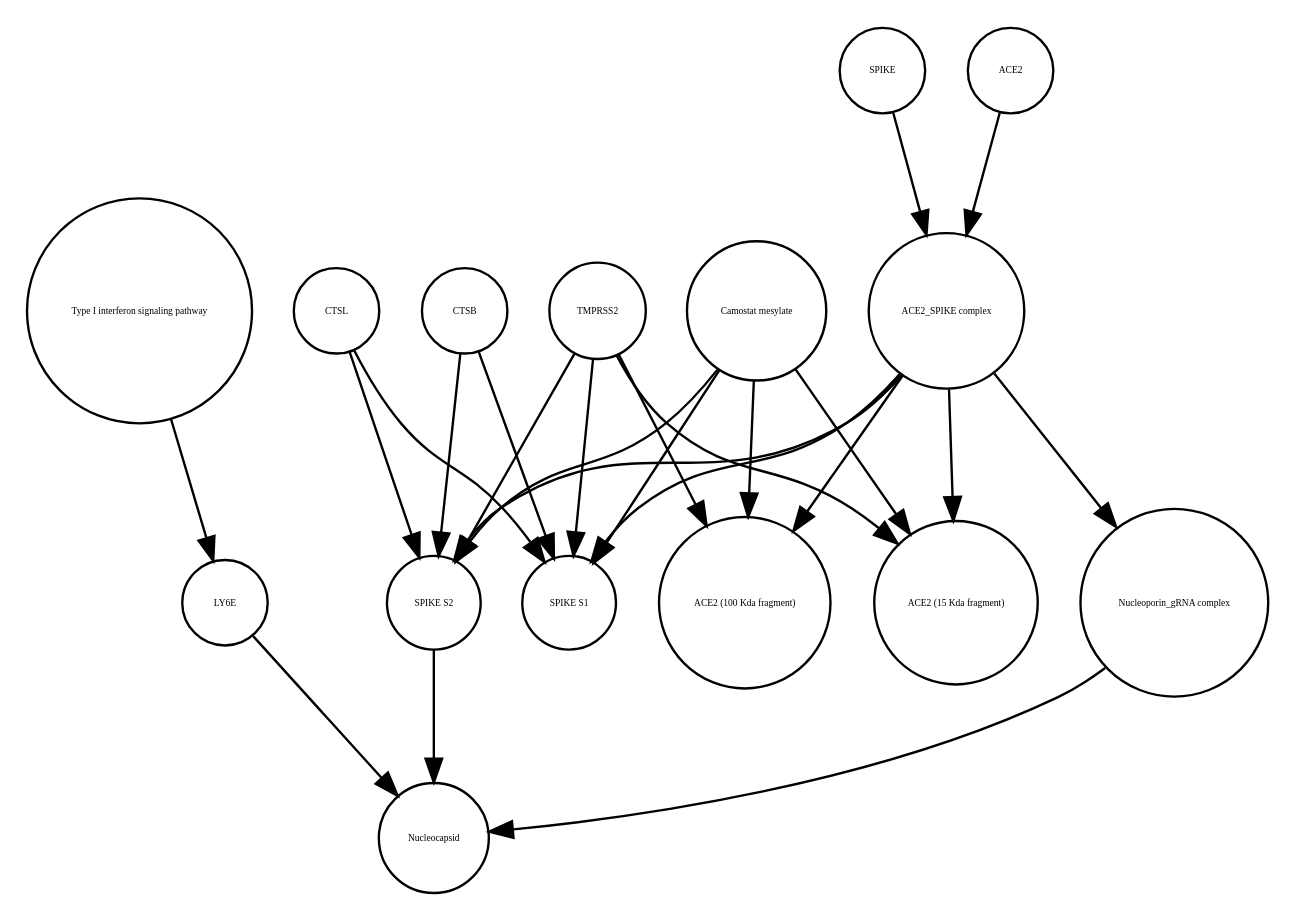
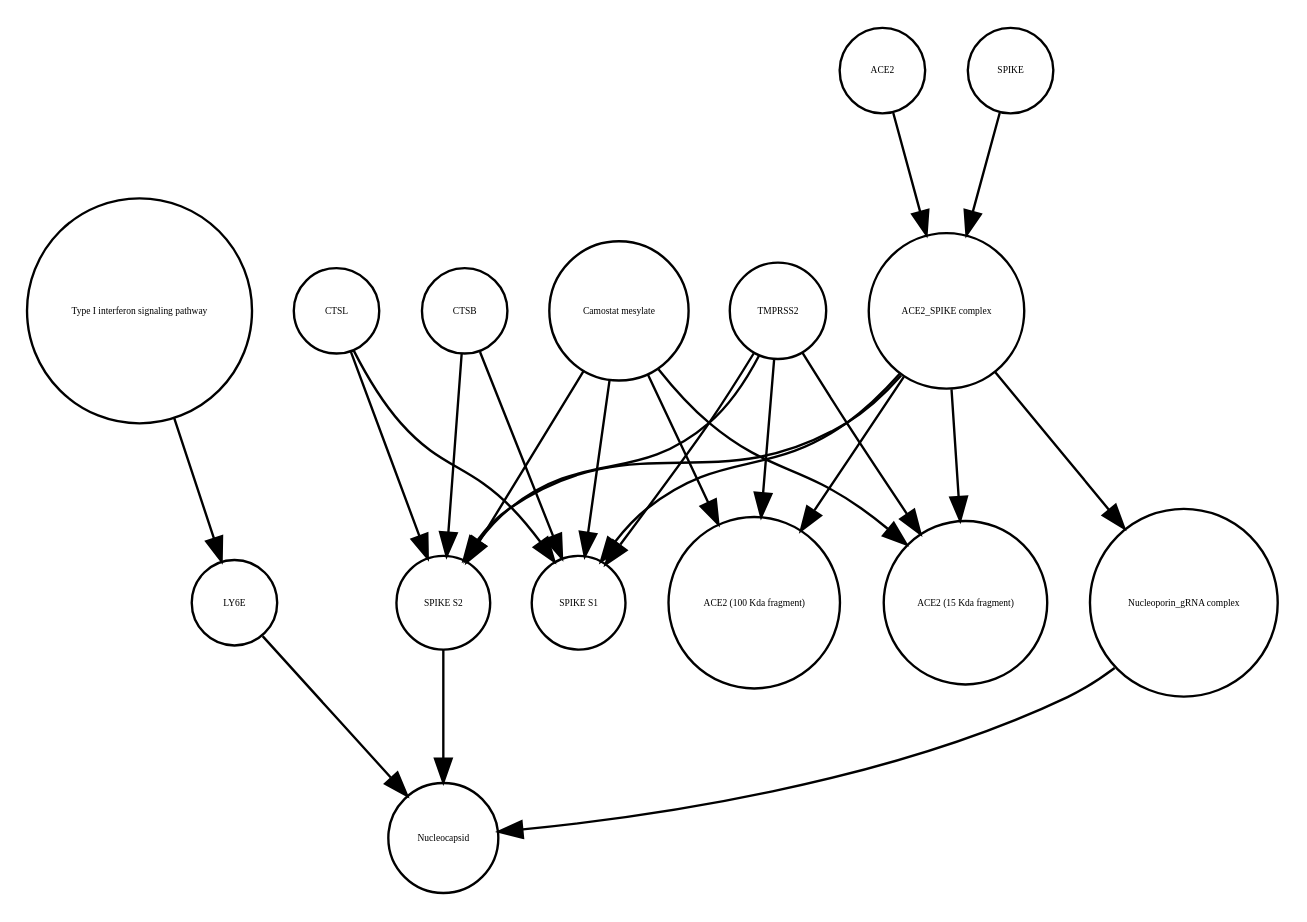
Before and after one commit to cannin/covid19-sbgn: the diagram in Virus_replication_cycle_V02.xml_projected.dot, drawn with Graphviz. The commit also changed other lines of this file and 637 other files, not shown here.

```diff
--- a/Virus_replication_cycle_V02.xml_projected.dot
+++ b/Virus_replication_cycle_V02.xml_projected.dot
@@ -1,40 +1,40 @@
 strict digraph  {
 "Type I interferon signaling pathway" [annotation="", bipartite=0, cls=phenotype, fontsize=4, label="Type I interferon signaling pathway", shape=circle];
 LY6E [annotation="", bipartite=0, cls=macromolecule, fontsize=4, label=LY6E, shape=circle];
+CTSL [annotation="", bipartite=0, cls=macromolecule, fontsize=4, label=CTSL, shape=circle];
+ACE2 [annotation="", bipartite=0, cls=macromolecule, fontsize=4, label=ACE2, shape=circle];
+"SPIKE S2" [annotation="", bipartite=0, cls=macromolecule, fontsize=4, label="SPIKE S2", shape=circle];
+CTSB [annotation="", bipartite=0, cls=macromolecule, fontsize=4, label=CTSB, shape=circle];
+"ACE2_SPIKE complex" [annotation="", bipartite=0, cls=complex, fontsize=4, label="ACE2_SPIKE complex", shape=circle];
+"SPIKE S1" [annotation="", bipartite=0, cls=macromolecule, fontsize=4, label="SPIKE S1", shape=circle];
+"ACE2 (100 Kda fragment)" [annotation="", bipartite=0, cls=macromolecule, fontsize=4, label="ACE2 (100 Kda fragment)", shape=circle];
 Nucleocapsid [annotation="", bipartite=0, cls=complex, fontsize=4, label=Nucleocapsid, shape=circle];
-"ACE2 (100 Kda fragment)" [annotation="", bipartite=0, cls=macromolecule, fontsize=4, label="ACE2 (100 Kda fragment)", shape=circle];
+"Camostat mesylate" [annotation="urn_miriam_pubchem.compound_2536", bipartite=0, cls="simple chemical", fontsize=4, label="Camostat mesylate", shape=circle];
 "Nucleoporin_gRNA complex " [annotation="", bipartite=0, cls=complex, fontsize=4, label="Nucleoporin_gRNA complex ", shape=circle];
+TMPRSS2 [annotation="", bipartite=0, cls=macromolecule, fontsize=4, label=TMPRSS2, shape=circle];
+"ACE2 (15 Kda fragment)" [annotation="", bipartite=0, cls=macromolecule, fontsize=4, label="ACE2 (15 Kda fragment)", shape=circle];
 SPIKE [annotation="", bipartite=0, cls="macromolecule multimer", fontsize=4, label=SPIKE, shape=circle];
-"SPIKE S2" [annotation="", bipartite=0, cls=macromolecule, fontsize=4, label="SPIKE S2", shape=circle];
-"SPIKE S1" [annotation="", bipartite=0, cls=macromolecule, fontsize=4, label="SPIKE S1", shape=circle];
-ACE2 [annotation="", bipartite=0, cls=macromolecule, fontsize=4, label=ACE2, shape=circle];
-TMPRSS2 [annotation="", bipartite=0, cls=macromolecule, fontsize=4, label=TMPRSS2, shape=circle];
-CTSB [annotation="", bipartite=0, cls=macromolecule, fontsize=4, label=CTSB, shape=circle];
-CTSL [annotation="", bipartite=0, cls=macromolecule, fontsize=4, label=CTSL, shape=circle];
-"Camostat mesylate" [annotation="urn_miriam_pubchem.compound_2536", bipartite=0, cls="simple chemical", fontsize=4, label="Camostat mesylate", shape=circle];
-"ACE2 (15 Kda fragment)" [annotation="", bipartite=0, cls=macromolecule, fontsize=4, label="ACE2 (15 Kda fragment)", shape=circle];
-"ACE2_SPIKE complex" [annotation="", bipartite=0, cls=complex, fontsize=4, label="ACE2_SPIKE complex", shape=circle];
 "Type I interferon signaling pathway" -> LY6E  [annotation="", interaction_type=stimulation];
 LY6E -> Nucleocapsid  [annotation="urn_miriam_doi_10.1101%2F2020.03.05.979260|urn_miriam_doi_10.1101%2F2020.04.02.021469", interaction_type=inhibition];
-"Nucleoporin_gRNA complex " -> Nucleocapsid  [annotation="", interaction_type=production];
-SPIKE -> "ACE2_SPIKE complex"  [annotation="", interaction_type=production];
+CTSL -> "SPIKE S1"  [annotation=urn_miriam_pubmed_32142651, interaction_type=catalysis];
+CTSL -> "SPIKE S2"  [annotation=urn_miriam_pubmed_32142651, interaction_type=catalysis];
+ACE2 -> "ACE2_SPIKE complex"  [annotation="", interaction_type=production];
 "SPIKE S2" -> Nucleocapsid  [annotation="", interaction_type=stimulation];
-ACE2 -> "ACE2_SPIKE complex"  [annotation="", interaction_type=production];
-TMPRSS2 -> "SPIKE S2"  [annotation="urn_miriam_pubmed_32142651|urn_miriam_pubmed_32094589|urn_miriam_pubmed_24227843", interaction_type=catalysis];
-TMPRSS2 -> "SPIKE S1"  [annotation="urn_miriam_pubmed_32142651|urn_miriam_pubmed_32094589|urn_miriam_pubmed_24227843", interaction_type=catalysis];
-TMPRSS2 -> "ACE2 (100 Kda fragment)"  [annotation="urn_miriam_pubmed_32142651|urn_miriam_pubmed_32094589|urn_miriam_pubmed_24227843", interaction_type=catalysis];
-TMPRSS2 -> "ACE2 (15 Kda fragment)"  [annotation="urn_miriam_pubmed_32142651|urn_miriam_pubmed_32094589|urn_miriam_pubmed_24227843", interaction_type=catalysis];
+CTSB -> "SPIKE S1"  [annotation=urn_miriam_pubmed_32142651, interaction_type=catalysis];
 CTSB -> "SPIKE S2"  [annotation=urn_miriam_pubmed_32142651, interaction_type=catalysis];
-CTSB -> "SPIKE S1"  [annotation=urn_miriam_pubmed_32142651, interaction_type=catalysis];
-CTSL -> "SPIKE S2"  [annotation=urn_miriam_pubmed_32142651, interaction_type=catalysis];
-CTSL -> "SPIKE S1"  [annotation=urn_miriam_pubmed_32142651, interaction_type=catalysis];
-"Camostat mesylate" -> "SPIKE S2"  [annotation="urn_miriam_pubmed_32142651|urn_miriam_pubmed_32094589|urn_miriam_pubmed_24227843", interaction_type=inhibition];
-"Camostat mesylate" -> "SPIKE S1"  [annotation="urn_miriam_pubmed_32142651|urn_miriam_pubmed_32094589|urn_miriam_pubmed_24227843", interaction_type=inhibition];
-"Camostat mesylate" -> "ACE2 (100 Kda fragment)"  [annotation="urn_miriam_pubmed_32142651|urn_miriam_pubmed_32094589|urn_miriam_pubmed_24227843", interaction_type=inhibition];
-"Camostat mesylate" -> "ACE2 (15 Kda fragment)"  [annotation="urn_miriam_pubmed_32142651|urn_miriam_pubmed_32094589|urn_miriam_pubmed_24227843", interaction_type=inhibition];
 "ACE2_SPIKE complex" -> "Nucleoporin_gRNA complex "  [annotation="urn_miriam_pubmed_32142651|urn_miriam_pubmed_32094589", interaction_type=stimulation];
-"ACE2_SPIKE complex" -> "ACE2 (100 Kda fragment)"  [annotation="", interaction_type=production];
 "ACE2_SPIKE complex" -> "SPIKE S2"  [annotation="", interaction_type=production];
 "ACE2_SPIKE complex" -> "SPIKE S1"  [annotation="", interaction_type=production];
+"ACE2_SPIKE complex" -> "ACE2 (100 Kda fragment)"  [annotation="", interaction_type=production];
 "ACE2_SPIKE complex" -> "ACE2 (15 Kda fragment)"  [annotation="", interaction_type=production];
+"Camostat mesylate" -> "ACE2 (100 Kda fragment)"  [annotation="urn_miriam_pubmed_32142651|urn_miriam_pubmed_32094589|urn_miriam_pubmed_24227843", interaction_type=inhibition];
+"Camostat mesylate" -> "SPIKE S1"  [annotation="urn_miriam_pubmed_32142651|urn_miriam_pubmed_32094589|urn_miriam_pubmed_24227843", interaction_type=inhibition];
+"Camostat mesylate" -> "ACE2 (15 Kda fragment)"  [annotation="urn_miriam_pubmed_32142651|urn_miriam_pubmed_32094589|urn_miriam_pubmed_24227843", interaction_type=inhibition];
+"Camostat mesylate" -> "SPIKE S2"  [annotation="urn_miriam_pubmed_32142651|urn_miriam_pubmed_32094589|urn_miriam_pubmed_24227843", interaction_type=inhibition];
+"Nucleoporin_gRNA complex " -> Nucleocapsid  [annotation="", interaction_type=production];
+TMPRSS2 -> "ACE2 (100 Kda fragment)"  [annotation="urn_miriam_pubmed_32142651|urn_miriam_pubmed_32094589|urn_miriam_pubmed_24227843", interaction_type=catalysis];
+TMPRSS2 -> "SPIKE S1"  [annotation="urn_miriam_pubmed_32142651|urn_miriam_pubmed_32094589|urn_miriam_pubmed_24227843", interaction_type=catalysis];
+TMPRSS2 -> "ACE2 (15 Kda fragment)"  [annotation="urn_miriam_pubmed_32142651|urn_miriam_pubmed_32094589|urn_miriam_pubmed_24227843", interaction_type=catalysis];
+TMPRSS2 -> "SPIKE S2"  [annotation="urn_miriam_pubmed_32142651|urn_miriam_pubmed_32094589|urn_miriam_pubmed_24227843", interaction_type=catalysis];
+SPIKE -> "ACE2_SPIKE complex"  [annotation="", interaction_type=production];
 }
```
